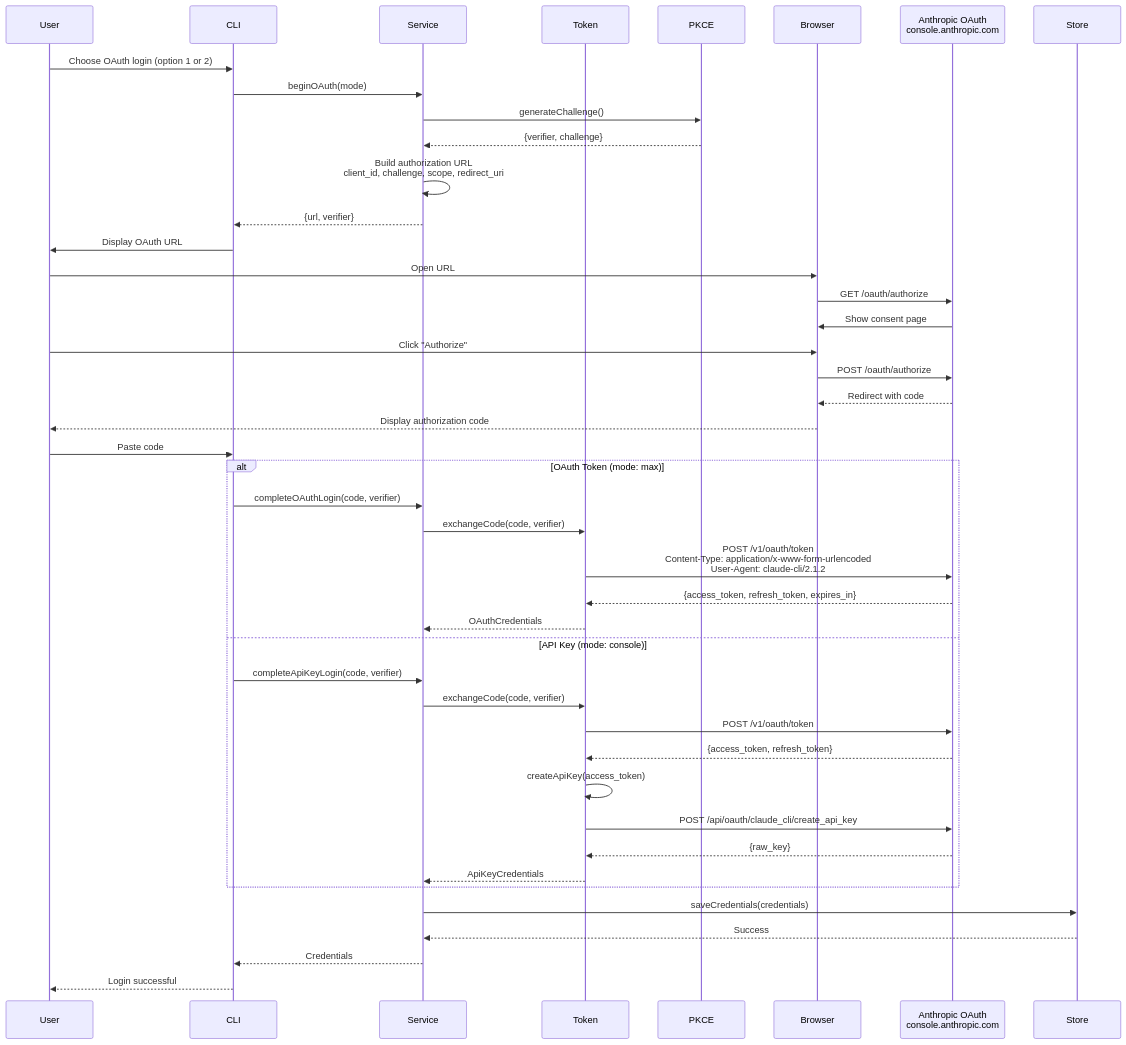
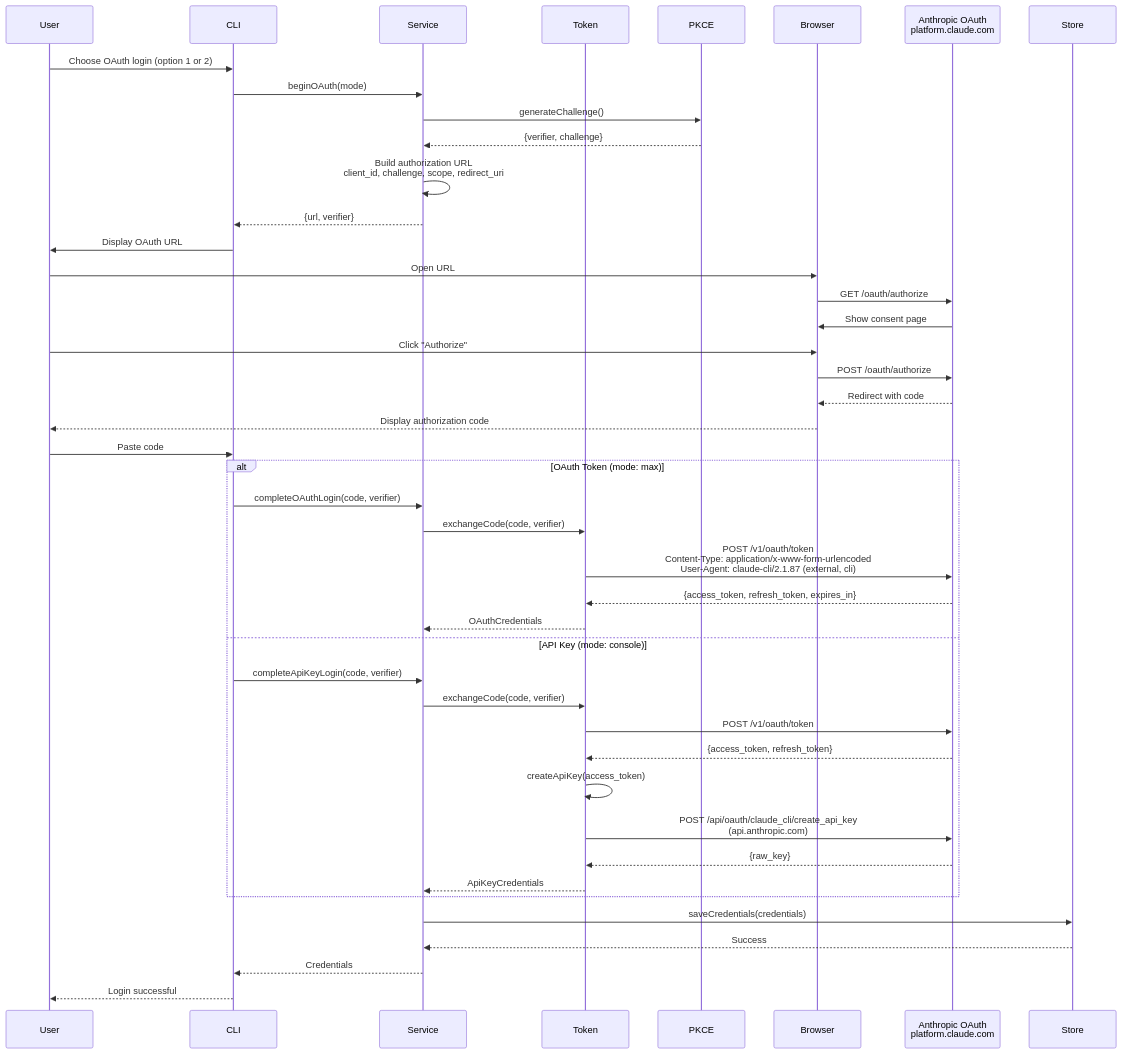
The second of 12 diagrams in docs/ARCHITECTURE.md (cipher-rc5/not-anthropic-oauth), drawn with Mermaid before and after one commit. The commit also changed other lines of this file and 29 other files, not shown here.

````diff
--- a/docs/ARCHITECTURE.md
+++ b/docs/ARCHITECTURE.md
@@ -102,53 +119,53 @@
 ```mermaid
 sequenceDiagram
     participant User
     participant CLI
     participant Service
     participant Token
     participant PKCE
     participant Browser
-    participant Anthropic as Anthropic OAuth<br/>console.anthropic.com
+    participant Anthropic as Anthropic OAuth<br/>platform.claude.com
 
     User->>CLI: Choose OAuth login (option 1 or 2)
     CLI->>Service: beginOAuth(mode)
     Service->>PKCE: generateChallenge()
     PKCE-->>Service: {verifier, challenge}
     
     Service->>Service: Build authorization URL<br/>client_id, challenge, scope, redirect_uri
     Service-->>CLI: {url, verifier}
     
     CLI->>User: Display OAuth URL
     User->>Browser: Open URL
     Browser->>Anthropic: GET /oauth/authorize
     
     Anthropic->>Browser: Show consent page
     User->>Browser: Click "Authorize"
     Browser->>Anthropic: POST /oauth/authorize
     
     Anthropic-->>Browser: Redirect with code
     Browser-->>User: Display authorization code
     
     User->>CLI: Paste code
     
     alt OAuth Token (mode: max)
         CLI->>Service: completeOAuthLogin(code, verifier)
         Service->>Token: exchangeCode(code, verifier)
-        Token->>Anthropic: POST /v1/oauth/token<br/>Content-Type: application/x-www-form-urlencoded<br/>User-Agent: claude-cli/2.1.2
+        Token->>Anthropic: POST /v1/oauth/token<br/>Content-Type: application/x-www-form-urlencoded<br/>User-Agent: claude-cli/2.1.87 (external, cli)
         Anthropic-->>Token: {access_token, refresh_token, expires_in}
         Token-->>Service: OAuthCredentials
     else API Key (mode: console)
         CLI->>Service: completeApiKeyLogin(code, verifier)
         Service->>Token: exchangeCode(code, verifier)
         Token->>Anthropic: POST /v1/oauth/token
         Anthropic-->>Token: {access_token, refresh_token}
         Token->>Token: createApiKey(access_token)
-        Token->>Anthropic: POST /api/oauth/claude_cli/create_api_key
+        Token->>Anthropic: POST /api/oauth/claude_cli/create_api_key<br/>(api.anthropic.com)
         Anthropic-->>Token: {raw_key}
         Token-->>Service: ApiKeyCredentials
     end
     
     Service->>Store: saveCredentials(credentials)
     Store-->>Service: Success
     Service-->>CLI: Credentials
     CLI-->>User: Login successful
 ```
````
